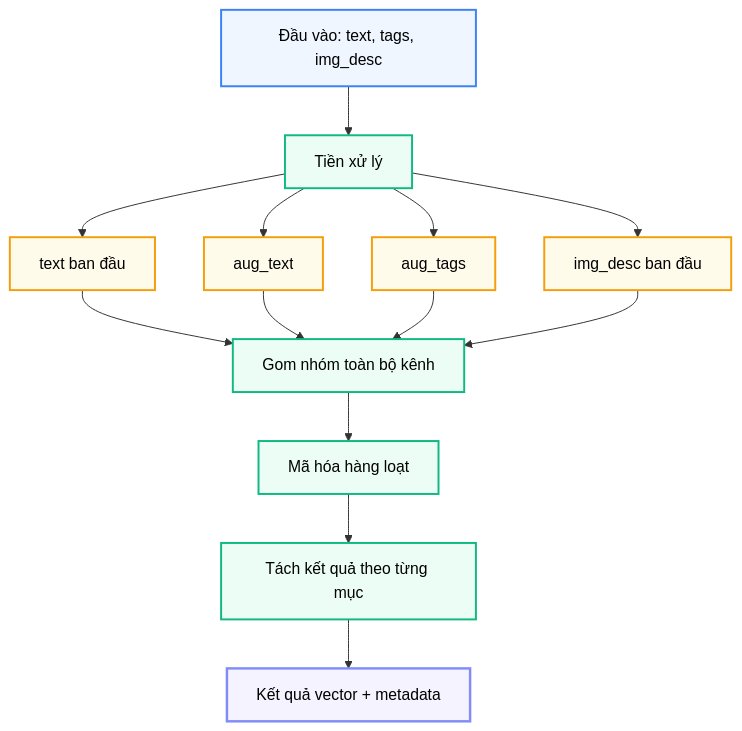
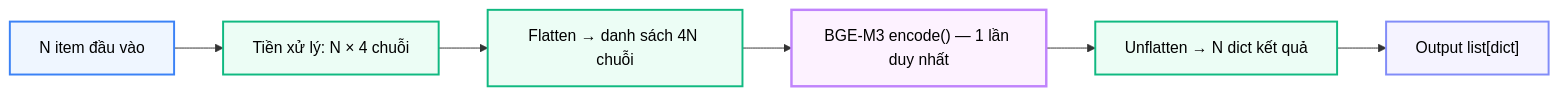
One commit to ltk6/travel-exp-planner changed the second of 2 diagrams in docs/modules/n1_embedding.md. Above: the diagram before and after it, drawn with Mermaid. The commit also changed other lines of this file and 52 other files, not shown here.

````diff
--- a/docs/modules/n1_embedding.md
+++ b/docs/modules/n1_embedding.md
@@ -230,21 +140,14 @@
 ```mermaid
 %%{init: {'flowchart': {'useMaxWidth': false}}}%%
-graph TD
-    classDef client fill:#eff6ff,stroke:#3b82f6,stroke-width:2px,color:#000000;
+graph LR
+    classDef in fill:#eff6ff,stroke:#3b82f6,stroke-width:2px,color:#000000;
     classDef op fill:#ecfdf5,stroke:#10b981,stroke-width:2px,color:#000000;
-    classDef channel fill:#fffbeb,stroke:#f59e0b,stroke-width:2px,color:#000000;
-    classDef out fill:#f5f3ff,stroke:#818cf8,stroke-width:2.5px,color:#000000;
-    
-    A["Đầu vào: text, tags, img_desc"]:::client --> B["Tiền xử lý"]:::op
-    B --> C["text ban đầu"]:::channel
-    B --> D["aug_text"]:::channel
-    B --> E["aug_tags"]:::channel
-    B --> F["img_desc ban đầu"]:::channel
-    C --> G["Gom nhóm toàn bộ kênh"]:::op
-    D --> G
-    E --> G
-    F --> G
-    G --> H["Mã hóa hàng loạt"]:::op
-    H --> I["Tách kết quả theo từng mục"]:::op
-    I --> J["Kết quả vector + metadata"]:::out
+    classDef model fill:#fdf2ff,stroke:#c084fc,stroke-width:2.5px,color:#000000;
+    classDef out fill:#f5f3ff,stroke:#818cf8,stroke-width:2px,color:#000000;
+
+    A["N item đầu vào"]:::in --> B["Tiền xử lý: N × 4 chuỗi"]:::op
+    B --> C["Flatten → danh sách 4N chuỗi"]:::op
+    C --> D["BGE-M3 encode() — 1 lần duy nhất"]:::model
+    D --> E["Unflatten → N dict kết quả"]:::op
+    E --> F["Output list[dict]"]:::out
 ```
````
